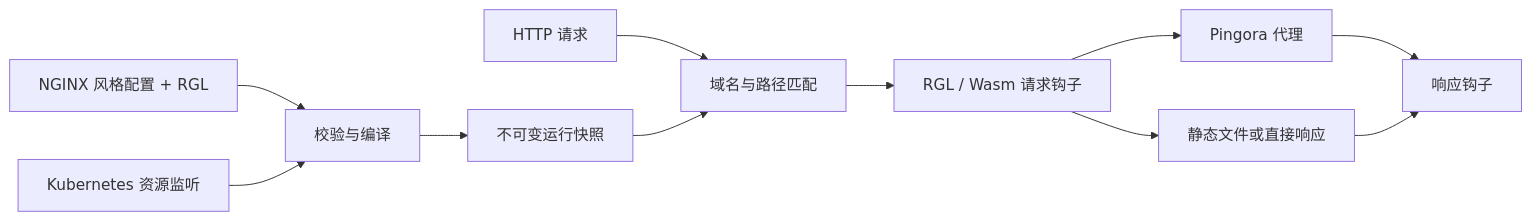
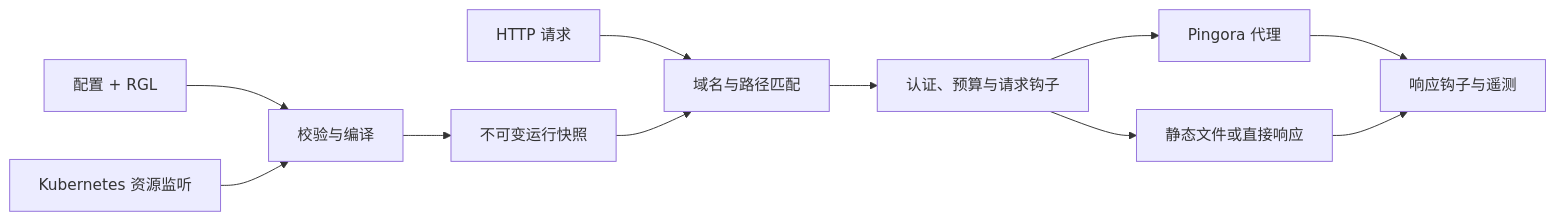
One commit to SamuelSupe/rgnix changed the diagram in README.zh-CN.md. Above: the diagram before and after it, drawn with Mermaid. The commit also changed other lines of this file and 306 other files, not shown here.

````diff
--- a/README.zh-CN.md
+++ b/README.zh-CN.md
@@ -125,13 +199,13 @@
 ```mermaid
 flowchart LR
-    Files[NGINX 风格配置 + RGL] --> Build[校验与编译]
+    Files[配置 + RGL] --> Build[校验与编译]
     K8s[Kubernetes 资源监听] --> Build
     Build --> Snapshot[不可变运行快照]
     Request[HTTP 请求] --> Router[域名与路径匹配]
     Snapshot --> Router
-    Router --> Plugin[RGL / Wasm 请求钩子]
-    Plugin --> Proxy[Pingora 代理]
-    Plugin --> Local[静态文件或直接响应]
-    Proxy --> Response[响应钩子]
+    Router --> Policy[认证、预算与请求钩子]
+    Policy --> Proxy[Pingora 代理]
+    Policy --> Local[静态文件或直接响应]
+    Proxy --> Response[响应钩子与遥测]
     Local --> Response
 ```
````
